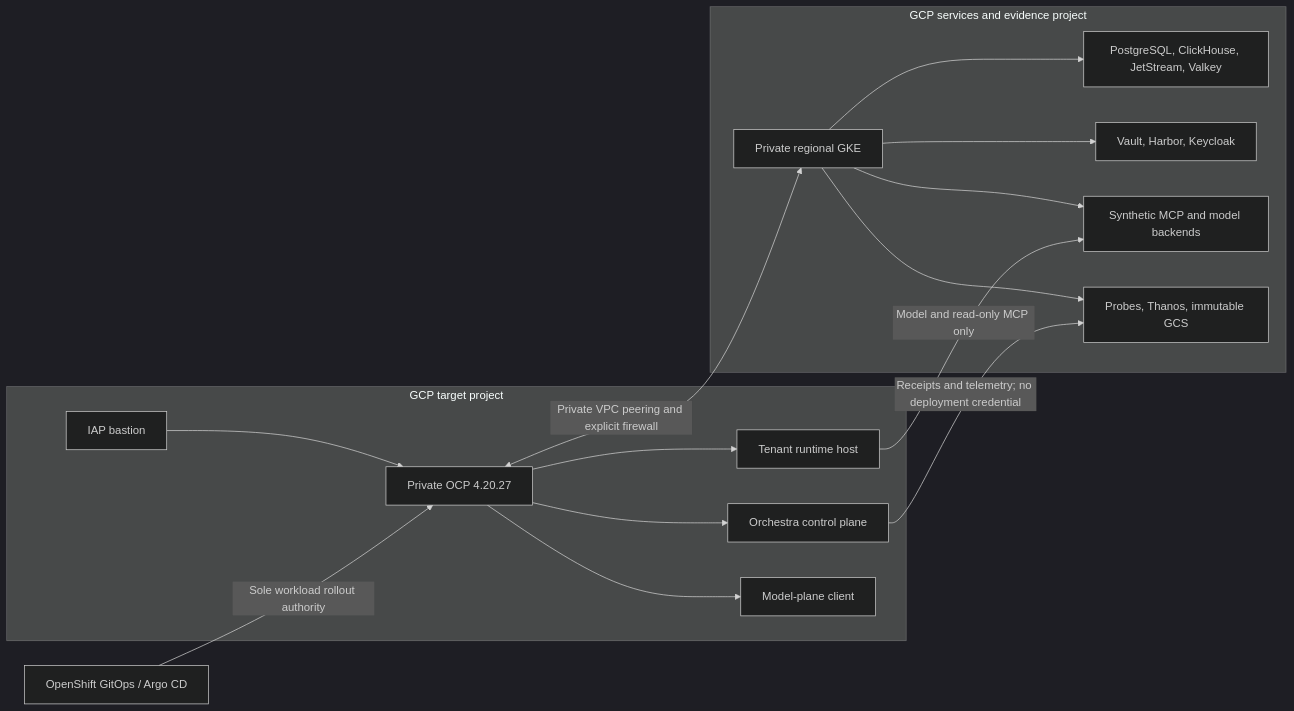
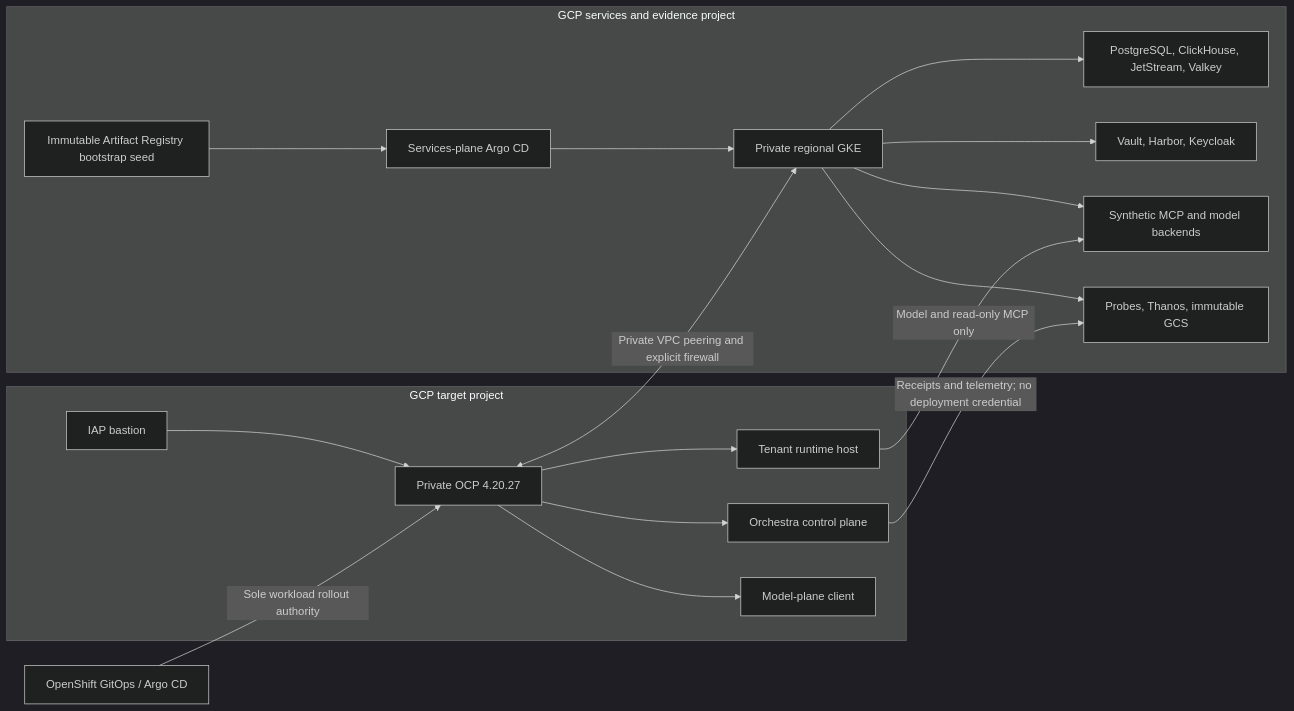
The diagram in docs/architecture.md (caglarsubas/orchestra-openshift-reference-lab), drawn with Mermaid (dark theme) before and after one commit. The commit also changed other lines of this file and 26 other files, not shown here.

````diff
--- a/docs/architecture.md
+++ b/docs/architecture.md
@@ -5,31 +5,35 @@
 ```mermaid
 flowchart LR
   subgraph GCP_TARGET["GCP target project"]
     IAP["IAP bastion"]
     OCP["Private OCP 4.20.27"]
     PLATFORM["Orchestra control plane"]
     RUNTIME["Tenant runtime host"]
     MODEL["Model-plane client"]
     IAP --> OCP
     OCP --> PLATFORM
     OCP --> RUNTIME
     OCP --> MODEL
   end
 
   subgraph GCP_SERVICES["GCP services and evidence project"]
     GKE["Private regional GKE"]
     DATA["PostgreSQL, ClickHouse, JetStream, Valkey"]
     SECURITY["Vault, Harbor, Keycloak"]
+    SEED["Immutable Artifact Registry bootstrap seed"]
+    SARGO["Services-plane Argo CD"]
     SYNTHETIC["Synthetic MCP and model backends"]
     EVIDENCE["Probes, Thanos, immutable GCS"]
     GKE --> DATA
     GKE --> SECURITY
+    SEED --> SARGO
+    SARGO --> GKE
     GKE --> SYNTHETIC
     GKE --> EVIDENCE
   end
 
   OCP <-->|"Private VPC peering and explicit firewall"| GKE
   RUNTIME -->|"Model and read-only MCP only"| SYNTHETIC
   PLATFORM -->|"Receipts and telemetry; no deployment credential"| EVIDENCE
   ARGO["OpenShift GitOps / Argo CD"] -->|"Sole workload rollout authority"| OCP
 ```
````
